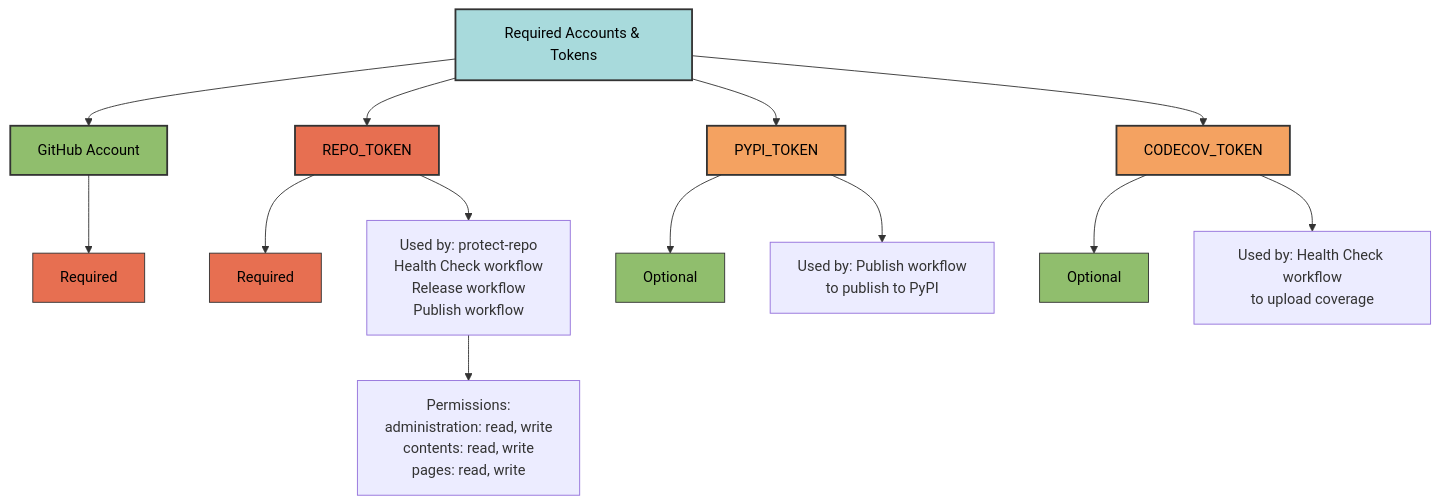
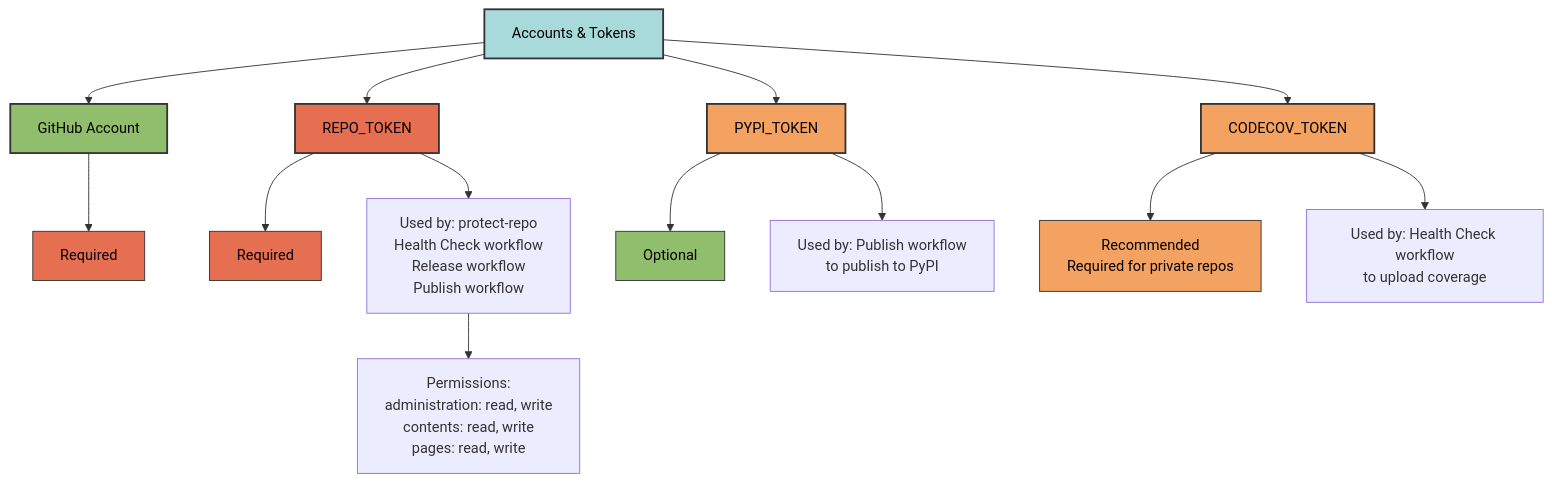
Before and after one commit to Winipedia/pyrig: the diagram in docs/more/getting-started.md, drawn with Mermaid. The commit also changed other lines of this file and 45 other files, not shown here.

````diff
--- a/docs/more/getting-started.md
+++ b/docs/more/getting-started.md
@@ -45,28 +45,28 @@
 ```mermaid
 graph TD
-    A[Required Accounts & Tokens] --> B[GitHub Account]
+    A[Accounts & Tokens] --> B[GitHub Account]
     A --> C[REPO_TOKEN]
     A --> D[PYPI_TOKEN]
     A --> E[CODECOV_TOKEN]
 
     B --> B1[Required]
     C --> C1[Required]
     D --> D1[Optional]
-    E --> E1[Optional]
+    E --> E1[Recommended<br/>Required for private repos]
 
     C --> C2[Used by: protect-repo<br/>Health Check workflow<br/>Release workflow<br/>Publish workflow]
     D --> D2[Used by: Publish workflow<br/>to publish to PyPI]
     E --> E2[Used by: Health Check workflow<br/>to upload coverage]
 
     C2 --> C3[Permissions:<br/>administration: read, write<br/>contents: read, write<br/>pages: read, write]
 
     style A fill:#a8dadc,stroke:#333,stroke-width:2px,color:#000
     style B fill:#90be6d,stroke:#333,stroke-width:2px,color:#000
     style C fill:#e76f51,stroke:#333,stroke-width:2px,color:#000
     style D fill:#f4a261,stroke:#333,stroke-width:2px,color:#000
     style E fill:#f4a261,stroke:#333,stroke-width:2px,color:#000
     style B1 fill:#e76f51,stroke:#333,stroke-width:1px,color:#000
     style C1 fill:#e76f51,stroke:#333,stroke-width:1px,color:#000
     style D1 fill:#90be6d,stroke:#333,stroke-width:1px,color:#000
-    style E1 fill:#90be6d,stroke:#333,stroke-width:1px,color:#000
+    style E1 fill:#f4a261,stroke:#333,stroke-width:1px,color:#000
 ```
````
